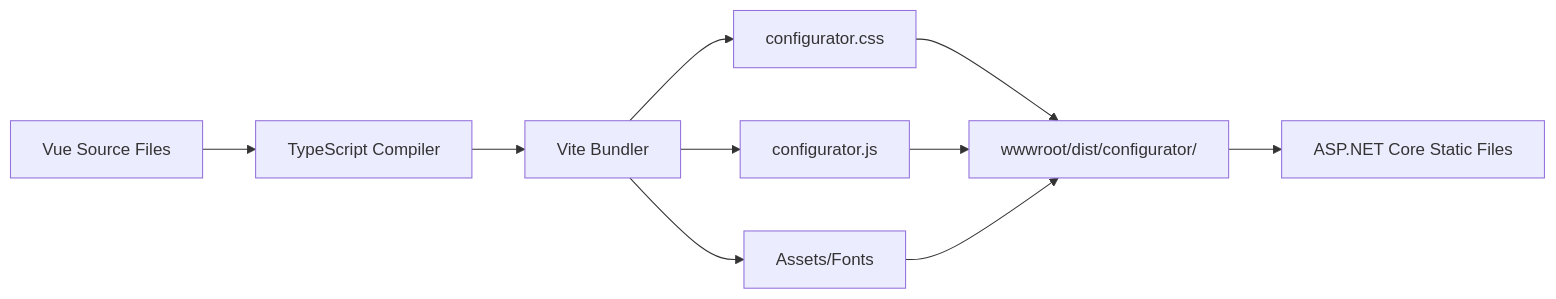
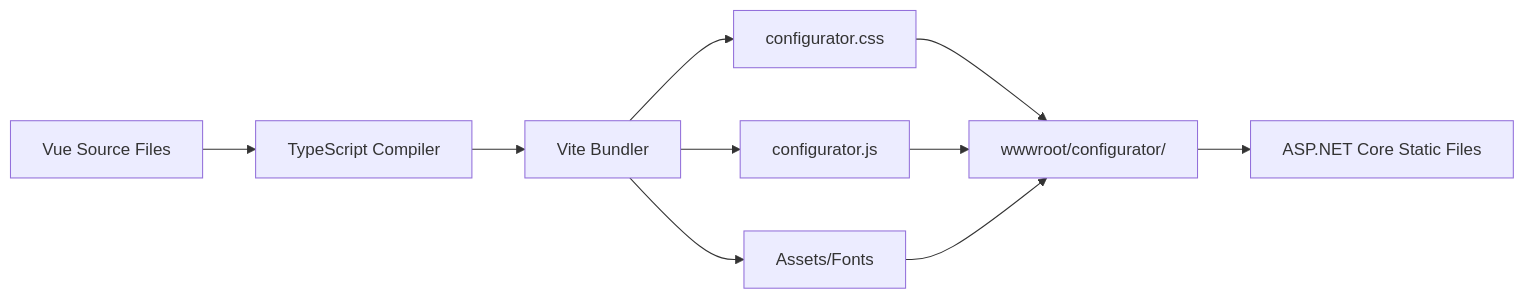
Before and after one commit to tn-ivk/tn-doc: the ninth of 11 diagrams in docs/architecture/configurator.md, drawn with Mermaid. The commit also changed other lines of this file and 5 other files, not shown here.

````diff
--- a/docs/architecture/configurator.md
+++ b/docs/architecture/configurator.md
@@ -617,15 +617,15 @@
 ```mermaid
 flowchart LR
     Source[Vue Source Files] --> TypeScript[TypeScript Compiler]
     TypeScript --> Vite[Vite Bundler]
 
     Vite --> CSS[configurator.css]
     Vite --> JS[configurator.js]
     Vite --> Assets[Assets/Fonts]
 
-    CSS --> Output[wwwroot/dist/configurator/]
+    CSS --> Output[wwwroot/configurator/]
     JS --> Output
     Assets --> Output
 
     Output --> ASPNet[ASP.NET Core Static Files]
 ```
````
